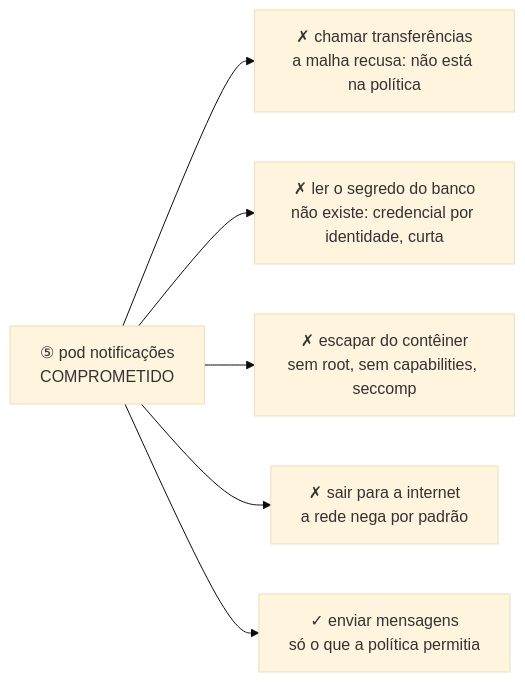
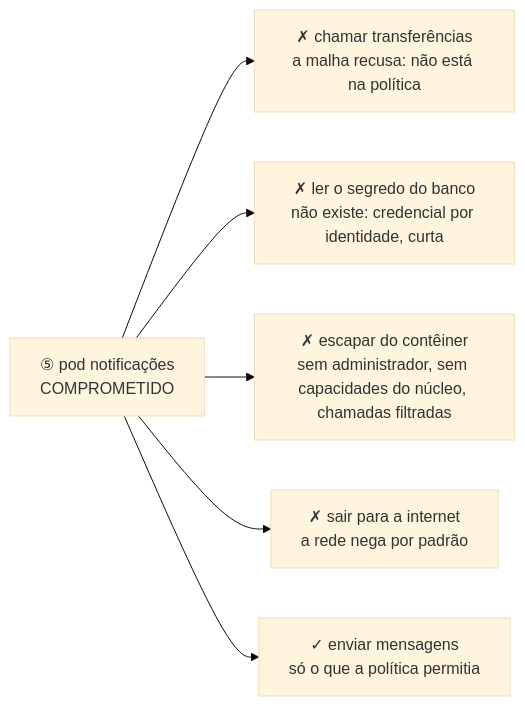
One commit to CosmIA-Lab/LAB-SDLC-IA-SEC changed the second of 2 diagrams in 09-seguranca-de-apis/dissertacao-modelo.md. Above: the diagram before and after it, drawn with Mermaid (base theme). The commit also changed other lines of this file and 8 other files, not shown here.

````diff
--- a/09-seguranca-de-apis/dissertacao-modelo.md
+++ b/09-seguranca-de-apis/dissertacao-modelo.md
@@ -38,8 +38,8 @@
 ```mermaid
 flowchart LR
     P3["⑤ pod notificações<br/>COMPROMETIDO"] --> X1["✗ chamar transferências<br/>a malha recusa: não está na política"]
     P3 --> X2["✗ ler o segredo do banco<br/>não existe: credencial por identidade, curta"]
-    P3 --> X3["✗ escapar do contêiner<br/>sem root, sem capabilities, seccomp"]
+    P3 --> X3["✗ escapar do contêiner<br/>sem administrador, sem capacidades do núcleo, chamadas filtradas"]
     P3 --> X4["✗ sair para a internet<br/>a rede nega por padrão"]
     P3 --> OK["✓ enviar mensagens<br/>só o que a política permitia"]
 ```
````
